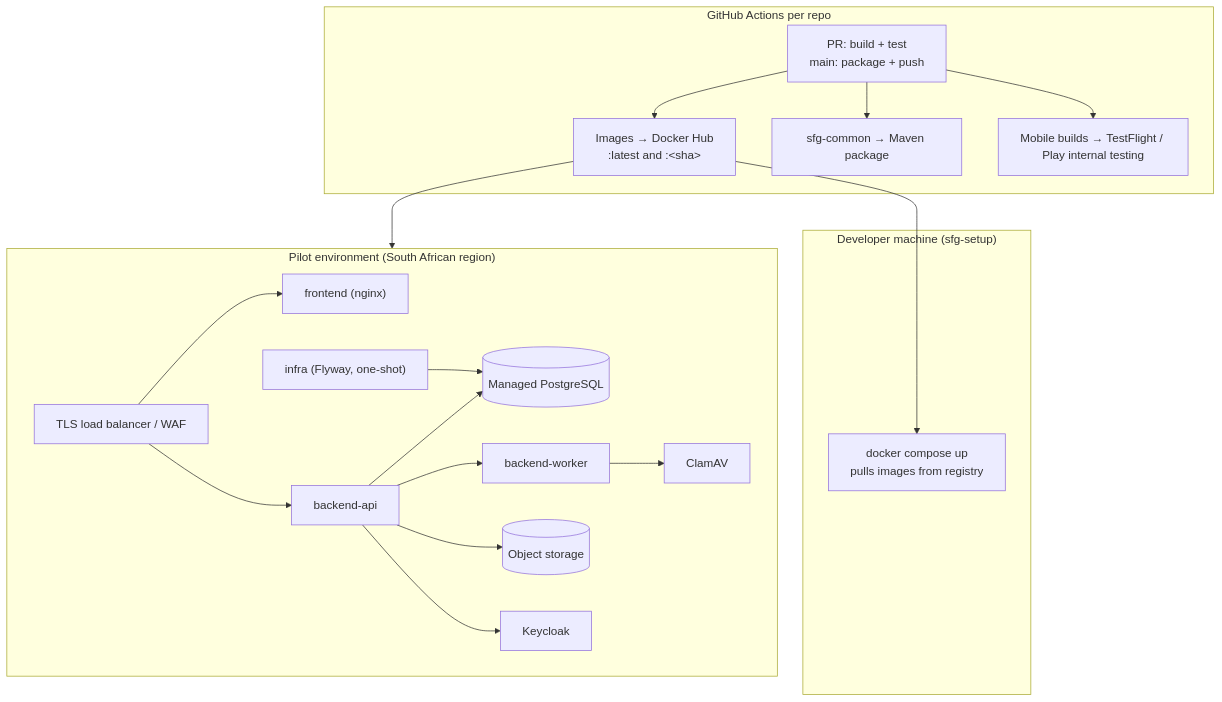
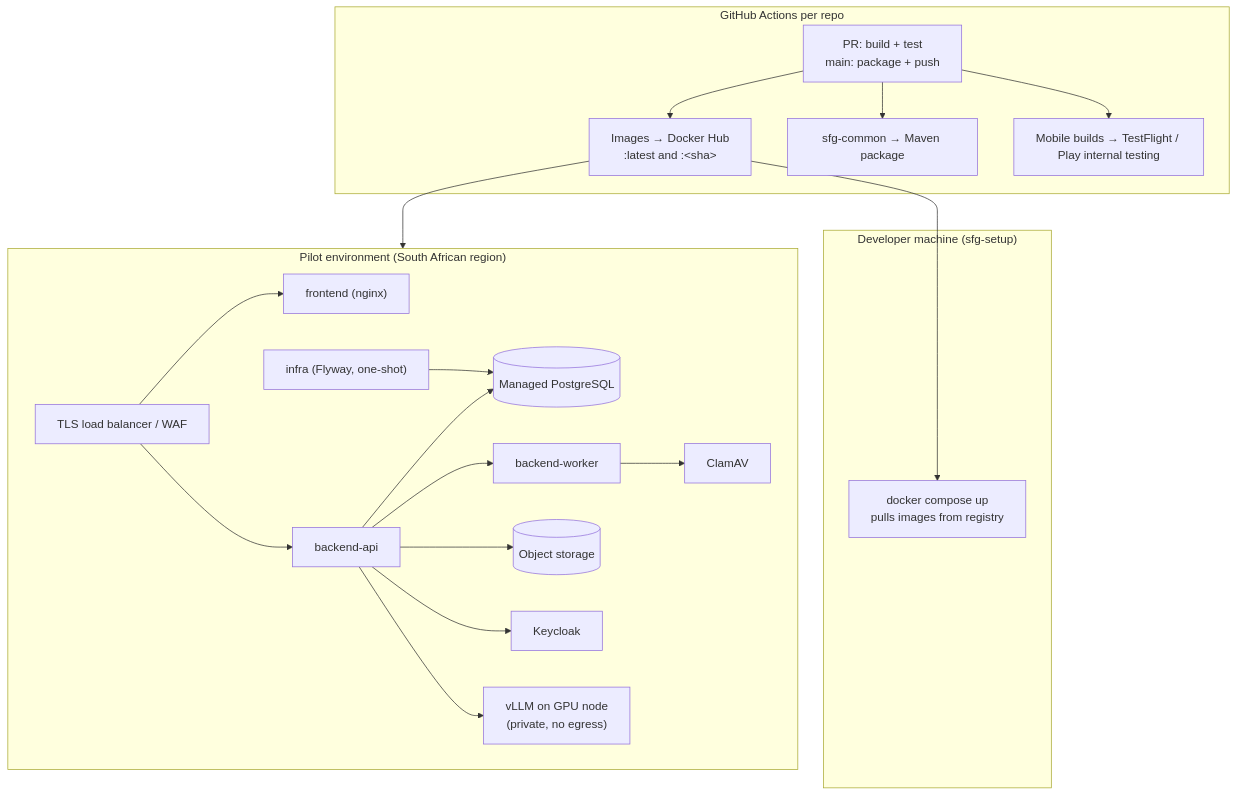
One commit to sdebie/sfg-parent changed the sixth of 6 diagrams in docs/high-level-design.md. Above: the diagram before and after it, drawn with Mermaid. The commit also changed other lines of this file, not shown here.

````diff
--- a/docs/high-level-design.md
+++ b/docs/high-level-design.md
@@ -411,23 +536,24 @@
 ```mermaid
 flowchart TB
   subgraph Dev["Developer machine (sfg-setup)"]
     DC["docker compose up<br/>pulls images from registry"]
   end
   subgraph CI["GitHub Actions per repo"]
     B["PR: build + test<br/>main: package + push"] --> IMG["Images → Docker Hub<br/>:latest and :&lt;sha&gt;"]
     B --> MVN["sfg-common → Maven package"]
     B --> APP["Mobile builds → TestFlight / Play internal testing"]
   end
   subgraph Pilot["Pilot environment (South African region)"]
     LB["TLS load balancer / WAF"] --> FE["frontend (nginx)"]
     MG["infra (Flyway, one-shot)"] --> PG
     LB --> BE["backend-api"]
     BE --> WK["backend-worker"]
     BE --> PG[("Managed PostgreSQL")]
     BE --> S3[("Object storage")]
     BE --> KC["Keycloak"]
     WK --> CL["ClamAV"]
+    BE --> AI["vLLM on GPU node<br/>(private, no egress)"]
   end
   IMG --> DC
   IMG --> Pilot
 ```
````
